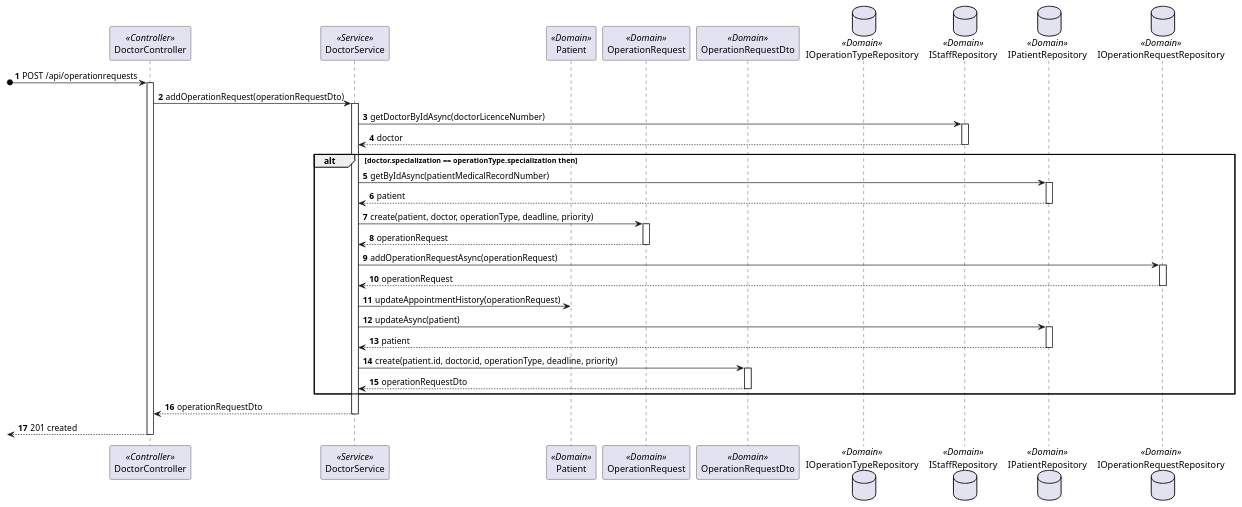
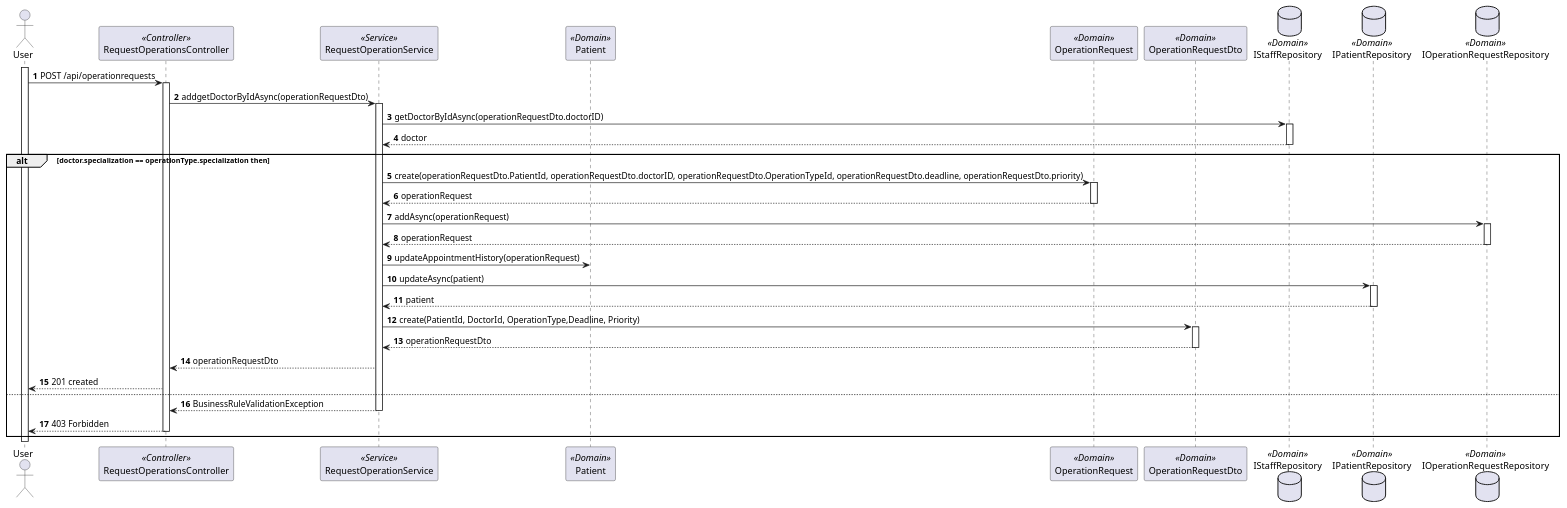
The diagram in docs/sprint-a/us-5.1.16/level3/process-view.puml (1220846/sem5pi-24-25-3ddg20), drawn with PlantUML before and after one commit. The commit also changed 1 other file, not shown here.

Commit message:
docs: level 3 modification and readme #16

```diff
--- a/docs/sprint-a/us-5.1.16/level3/process-view.puml
+++ b/docs/sprint-a/us-5.1.16/level3/process-view.puml
@@ -1,69 +1,70 @@
-@startuml
+@startuml level3
 
 autonumber
 
-participant "DoctorController" as Controller <<Controller>>
-participant "DoctorService" as Service <<Service>>
+actor "User" as UserP
+participant "RequestOperationsController" as Controller <<Controller>>
+participant "RequestOperationService" as Service <<Service>>
 participant "Patient" as Patient <<Domain>>
 participant "OperationRequest" as OperationRequest <<Domain>>
 participant "OperationRequestDto" as OperationRequestDto <<Domain>>
-database "IOperationTypeRepository" as OperationTypeRepository <<Domain>>
 database "IStaffRepository" as StaffRepository <<Domain>>
 database "IPatientRepository" as PatientRepository <<Domain>>
 database "IOperationRequestRepository" as OperationRequestRepository <<Domain>>
 
-?o->Controller: POST /api/operationrequests
+activate UserP
+UserP->Controller: POST /api/operationrequests
 activate Controller
 
-    Controller->Service:addOperationRequest(operationRequestDto)
+    Controller->Service:addgetDoctorByIdAsync(operationRequestDto)
     activate Service
 
-        Service -> StaffRepository:getDoctorByIdAsync(doctorLicenceNumber)
+        Service -> StaffRepository:getDoctorByIdAsync(operationRequestDto.doctorID)
         activate StaffRepository
 
             StaffRepository-->Service:doctor
         deactivate StaffRepository
         
 
         alt doctor.specialization == operationType.specialization then
         
-        Service -> PatientRepository:getByIdAsync(patientMedicalRecordNumber)
-        activate PatientRepository
 
-            PatientRepository-->Service:patient
-        deactivate PatientRepository
-
-        Service->OperationRequest:create(patient, doctor, operationType, deadline, priority)
+        Service->OperationRequest:create(operationRequestDto.PatientId, operationRequestDto.doctorID, operationRequestDto.OperationTypeId, operationRequestDto.deadline, operationRequestDto.priority)
         activate OperationRequest
 
             OperationRequest-->Service:operationRequest
         deactivate OperationRequest
 
-        Service->OperationRequestRepository:addOperationRequestAsync(operationRequest)
+        Service->OperationRequestRepository:addAsync(operationRequest)
         activate OperationRequestRepository
 
             OperationRequestRepository-->Service:operationRequest
         deactivate OperationRequestRepository
 
         Service->Patient:updateAppointmentHistory(operationRequest)
-        
 
         Service->PatientRepository:updateAsync(patient)
         activate PatientRepository
 
             PatientRepository-->Service:patient
         deactivate PatientRepository
 
-        Service->OperationRequestDto:create(patient.id, doctor.id, operationType, deadline, priority)
+        Service->OperationRequestDto:create(PatientId, DoctorId, OperationType,Deadline, Priority)
         activate OperationRequestDto
 
             OperationRequestDto-->Service:operationRequestDto
         deactivate OperationRequestDto
-        end alt
         Service --> Controller:operationRequestDto
-    deactivate Service
 
-    <--Controller:201 created
-deactivate Controller
+        UserP<--Controller:201 created
+        else
+            Controller<--Service:BusinessRuleValidationException
+        deactivate Service
+        UserP<--Controller:403 Forbidden
+    deactivate Controller
+
+
+    end alt
+
 
 @enduml
```
